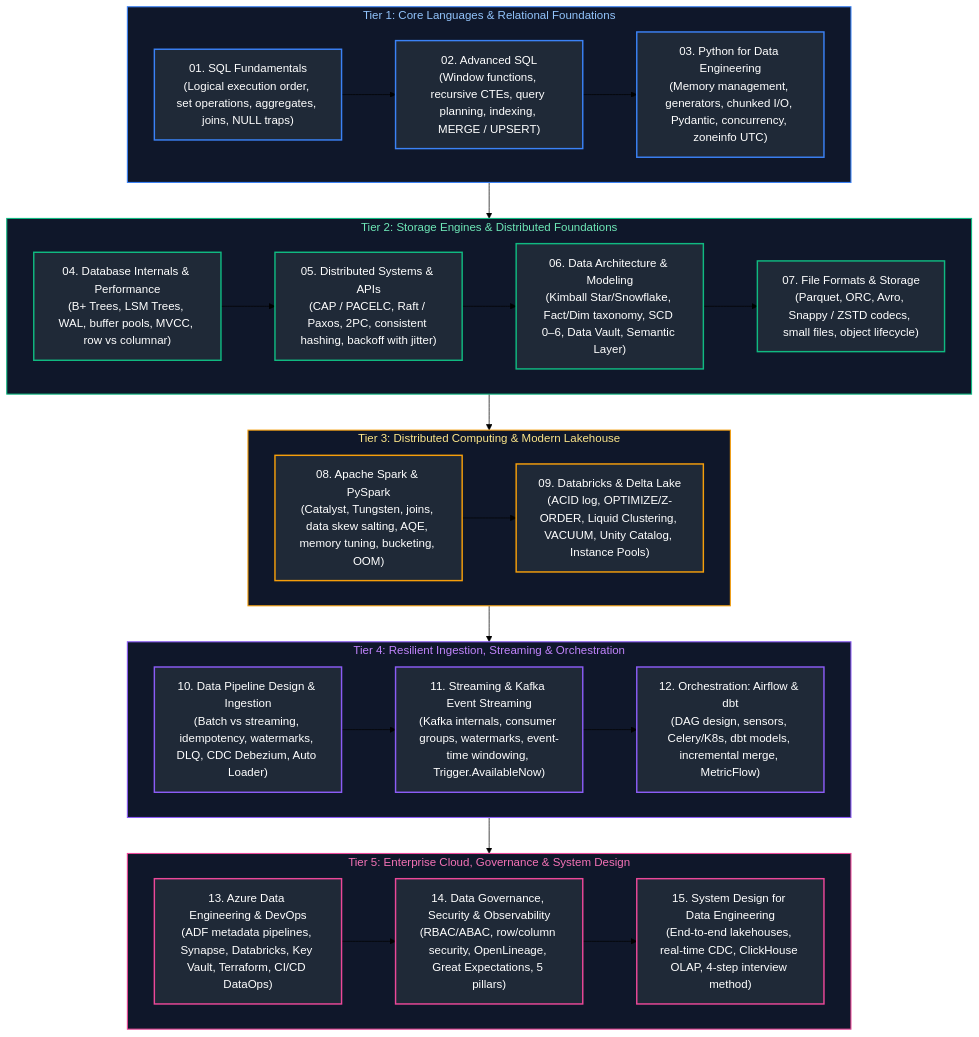
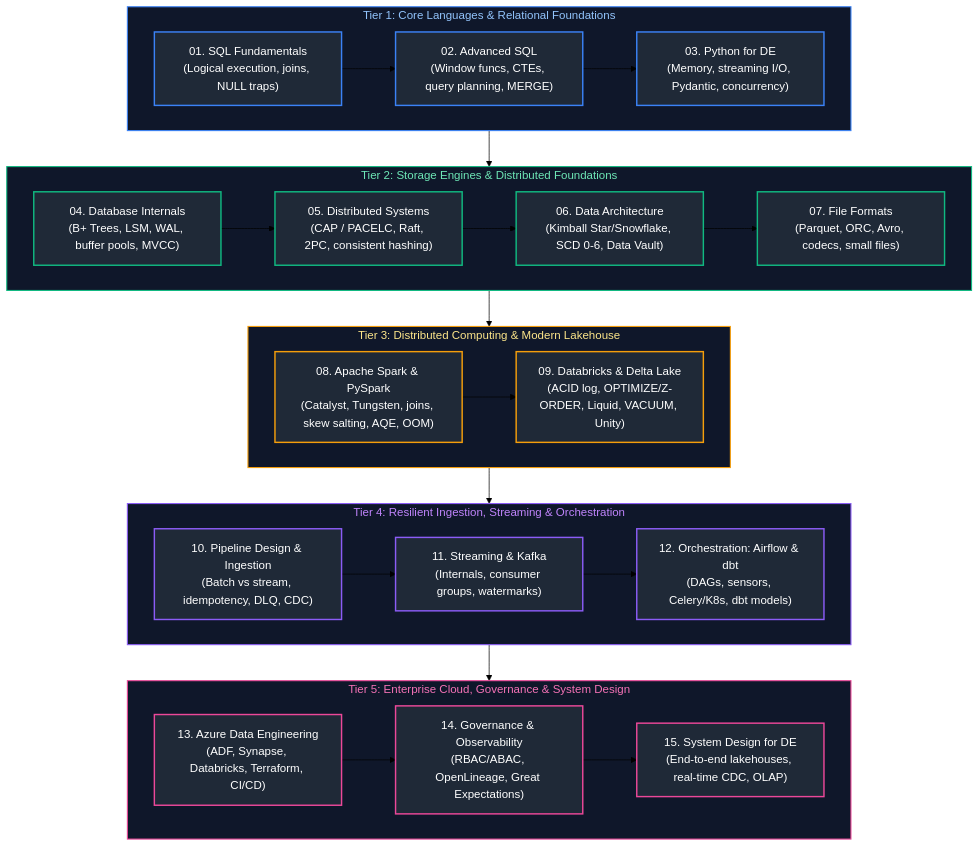
The diagram in Data Engineering/00_de_study_guide_and_index.md (joydeep-biswas/Interview-Preparation), drawn with Mermaid (forest theme) before and after one commit. The commit also changed 76 other files, not shown here.

Commit message:
Updated Charts

````diff
--- a/Data Engineering/00_de_study_guide_and_index.md
+++ b/Data Engineering/00_de_study_guide_and_index.md
@@ -11,58 +11,63 @@
 ```mermaid
 flowchart TD
     subgraph FoundationTier ["Tier 1: Core Languages & Relational Foundations"]
-        M1["01. SQL Fundamentals<br/>(Logical execution order, set operations, aggregates, joins, NULL traps)"]
-        --> M2["02. Advanced SQL<br/>(Window functions, recursive CTEs, query planning, indexing, MERGE / UPSERT)"]
-        --> M3["03. Python for Data Engineering<br/>(Memory management, generators, chunked I/O, Pydantic, concurrency, zoneinfo UTC)"]
+        direction LR
+        M1["01. SQL Fundamentals<br/>(Logical execution, joins, NULL traps)"]
+        --> M2["02. Advanced SQL<br/>(Window funcs, CTEs, query planning, MERGE)"]
+        --> M3["03. Python for DE<br/>(Memory, streaming I/O, Pydantic, concurrency)"]
     end
 
     subgraph StorageSystemsTier ["Tier 2: Storage Engines & Distributed Foundations"]
-        M4["04. Database Internals & Performance<br/>(B+ Trees, LSM Trees, WAL, buffer pools, MVCC, row vs columnar)"]
-        --> M5["05. Distributed Systems & APIs<br/>(CAP / PACELC, Raft / Paxos, 2PC, consistent hashing, backoff with jitter)"]
-        --> M6["06. Data Architecture & Modeling<br/>(Kimball Star/Snowflake, Fact/Dim taxonomy, SCD 0–6, Data Vault, Semantic Layer)"]
-        --> M7["07. File Formats & Storage<br/>(Parquet, ORC, Avro, Snappy / ZSTD codecs, small files, object lifecycle)"]
+        direction LR
+        M4["04. Database Internals<br/>(B+ Trees, LSM, WAL, buffer pools, MVCC)"]
+        --> M5["05. Distributed Systems<br/>(CAP / PACELC, Raft, 2PC, consistent hashing)"]
+        --> M6["06. Data Architecture<br/>(Kimball Star/Snowflake, SCD 0-6, Data Vault)"]
+        --> M7["07. File Formats<br/>(Parquet, ORC, Avro, codecs, small files)"]
     end
 
     subgraph DistributedLakehouseTier ["Tier 3: Distributed Computing & Modern Lakehouse"]
-        M8["08. Apache Spark & PySpark<br/>(Catalyst, Tungsten, joins, data skew salting, AQE, memory tuning, bucketing, OOM)"]
-        --> M9["09. Databricks & Delta Lake<br/>(ACID log, OPTIMIZE/Z-ORDER, Liquid Clustering, VACUUM, Unity Catalog, Instance Pools)"]
+        direction LR
+        M8["08. Apache Spark & PySpark<br/>(Catalyst, Tungsten, joins, skew salting, AQE, OOM)"]
+        --> M9["09. Databricks & Delta Lake<br/>(ACID log, OPTIMIZE/Z-ORDER, Liquid, VACUUM, Unity)"]
     end
 
     subgraph PipelineStreamingTier ["Tier 4: Resilient Ingestion, Streaming & Orchestration"]
-        M10["10. Data Pipeline Design & Ingestion<br/>(Batch vs streaming, idempotency, watermarks, DLQ, CDC Debezium, Auto Loader)"]
-        --> M11["11. Streaming & Kafka Event Streaming<br/>(Kafka internals, consumer groups, watermarks, event-time windowing, Trigger.AvailableNow)"]
-        --> M12["12. Orchestration: Airflow & dbt<br/>(DAG design, sensors, Celery/K8s, dbt models, incremental merge, MetricFlow)"]
+        direction LR
+        M10["10. Pipeline Design & Ingestion<br/>(Batch vs stream, idempotency, DLQ, CDC)"]
+        --> M11["11. Streaming & Kafka<br/>(Internals, consumer groups, watermarks)"]
+        --> M12["12. Orchestration: Airflow & dbt<br/>(DAGs, sensors, Celery/K8s, dbt models)"]
     end
 
     subgraph EnterpriseArchitectureTier ["Tier 5: Enterprise Cloud, Governance & System Design"]
-        M13["13. Azure Data Engineering & DevOps<br/>(ADF metadata pipelines, Synapse, Databricks, Key Vault, Terraform, CI/CD DataOps)"]
-        --> M14["14. Data Governance, Security & Observability<br/>(RBAC/ABAC, row/column security, OpenLineage, Great Expectations, 5 pillars)"]
-        --> M15["15. System Design for Data Engineering<br/>(End-to-end lakehouses, real-time CDC, ClickHouse OLAP, 4-step interview method)"]
+        direction LR
+        M13["13. Azure Data Engineering<br/>(ADF, Synapse, Databricks, Terraform, CI/CD)"]
+        --> M14["14. Governance & Observability<br/>(RBAC/ABAC, OpenLineage, Great Expectations)"]
+        --> M15["15. System Design for DE<br/>(End-to-end lakehouses, real-time CDC, OLAP)"]
     end
 
-    FoundationTier --> StorageSystemsTier
-    StorageSystemsTier --> DistributedLakehouseTier
-    DistributedLakehouseTier --> PipelineStreamingTier
-    PipelineStreamingTier --> EnterpriseArchitectureTier
+    M3 --> M4
+    M7 --> M8
+    M9 --> M10
+    M12 --> M13
 
     style FoundationTier fill:#0f172a,stroke:#3b82f6,stroke-width:1.5px,color:#93c5fd
     style StorageSystemsTier fill:#0f172a,stroke:#10b981,stroke-width:1.5px,color:#6ee7b7
     style DistributedLakehouseTier fill:#0f172a,stroke:#f59e0b,stroke-width:1.5px,color:#fde68a
     style PipelineStreamingTier fill:#0f172a,stroke:#8b5cf6,stroke-width:1.5px,color:#c084fc
     style EnterpriseArchitectureTier fill:#0f172a,stroke:#ec4899,stroke-width:1.5px,color:#f472b6
     style M1 fill:#1f2937,stroke:#3b82f6,stroke-width:2px,color:#fff
     style M2 fill:#1f2937,stroke:#3b82f6,stroke-width:2px,color:#fff
     style M3 fill:#1f2937,stroke:#3b82f6,stroke-width:2px,color:#fff
     style M4 fill:#1f2937,stroke:#10b981,stroke-width:2px,color:#fff
     style M5 fill:#1f2937,stroke:#10b981,stroke-width:2px,color:#fff
     style M6 fill:#1f2937,stroke:#10b981,stroke-width:2px,color:#fff
     style M7 fill:#1f2937,stroke:#10b981,stroke-width:2px,color:#fff
     style M8 fill:#1f2937,stroke:#f59e0b,stroke-width:2px,color:#fff
     style M9 fill:#1f2937,stroke:#f59e0b,stroke-width:2px,color:#fff
     style M10 fill:#1f2937,stroke:#8b5cf6,stroke-width:2px,color:#fff
     style M11 fill:#1f2937,stroke:#8b5cf6,stroke-width:2px,color:#fff
     style M12 fill:#1f2937,stroke:#8b5cf6,stroke-width:2px,color:#fff
     style M13 fill:#1f2937,stroke:#ec4899,stroke-width:2px,color:#fff
     style M14 fill:#1f2937,stroke:#ec4899,stroke-width:2px,color:#fff
     style M15 fill:#1f2937,stroke:#ec4899,stroke-width:2px,color:#fff
 ```
````
